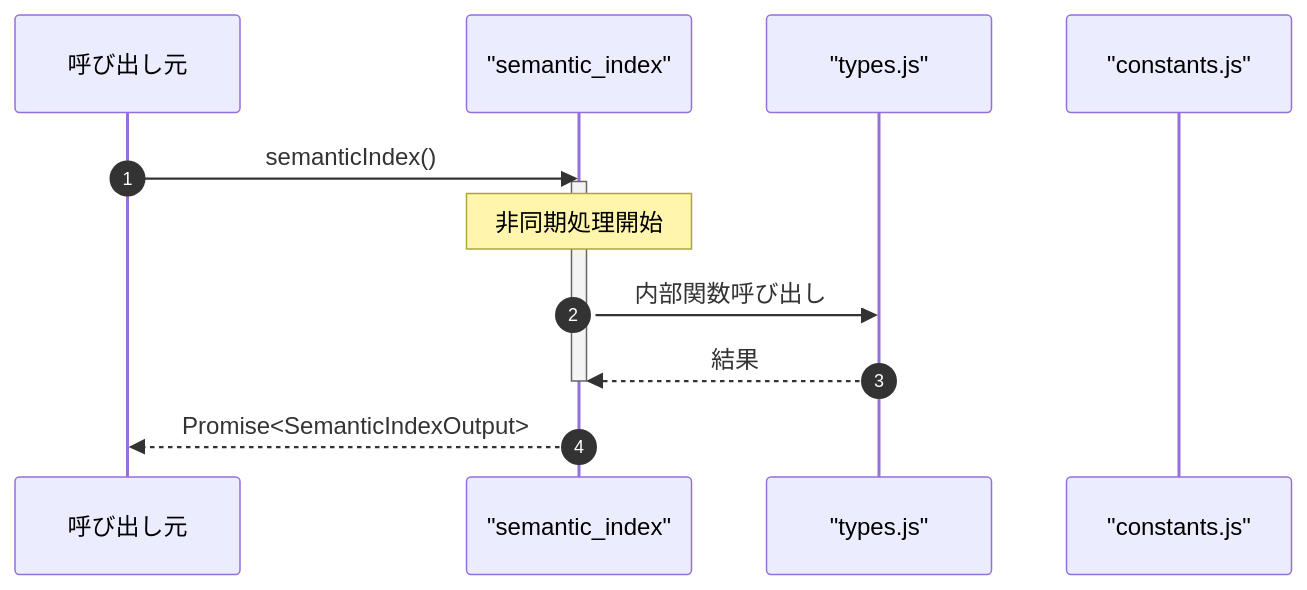
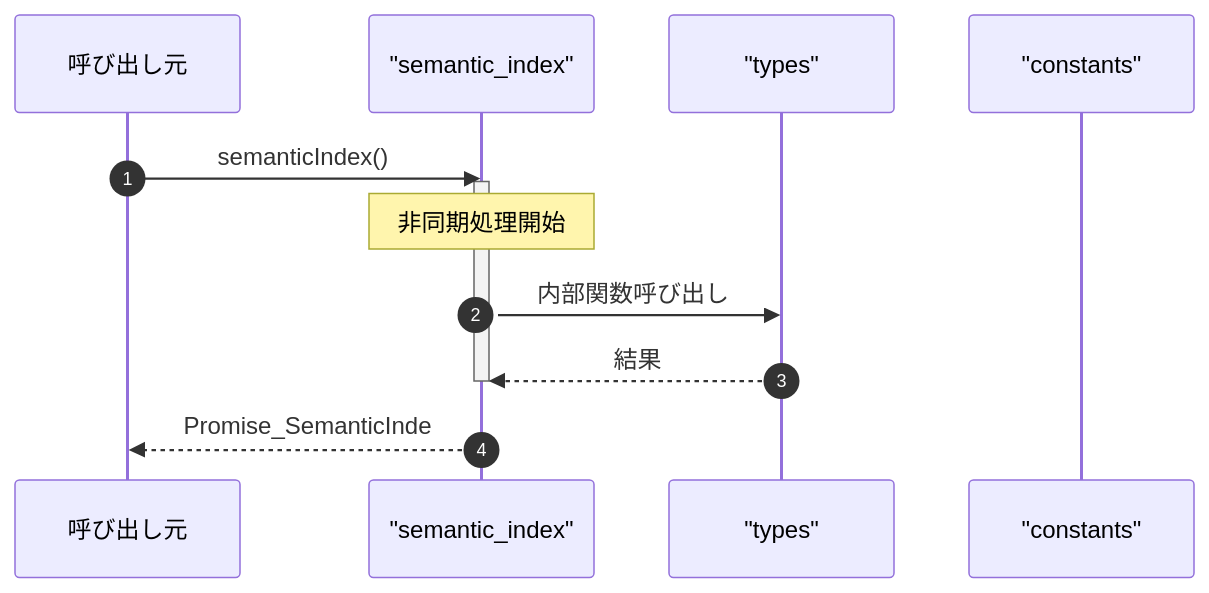
One commit to Mekann2904/mekann changed the third of 3 diagrams in ABDD/.pi/extensions/search/tools/semantic_index.md. Above: the diagram before and after it, drawn with Mermaid. The commit also changed other lines of this file and 174 other files, not shown here.

First line of the commit message:
fix(docs): ABDDのMermaid図生成エラーを修正する

````diff
--- a/ABDD/.pi/extensions/search/tools/semantic_index.md
+++ b/ABDD/.pi/extensions/search/tools/semantic_index.md
@@ -64,16 +64,16 @@
 ```mermaid
 sequenceDiagram
   autonumber
   participant Caller as 呼び出し元
   participant semantic_index as "semantic_index"
-  participant types_js as "types.js"
-  participant constants_js as "constants.js"
+  participant types as "types"
+  participant constants as "constants"
 
   Caller->>semantic_index: semanticIndex()
   activate semantic_index
   Note over semantic_index: 非同期処理開始
-  semantic_index->>types_js: 内部関数呼び出し
-  types_js-->>semantic_index: 結果
+  semantic_index->>types: 内部関数呼び出し
+  types-->>semantic_index: 結果
   deactivate semantic_index
-  semantic_index-->>Caller: Promise<SemanticIndexOutput>
+  semantic_index-->>Caller: Promise_SemanticInde
 ```
````
